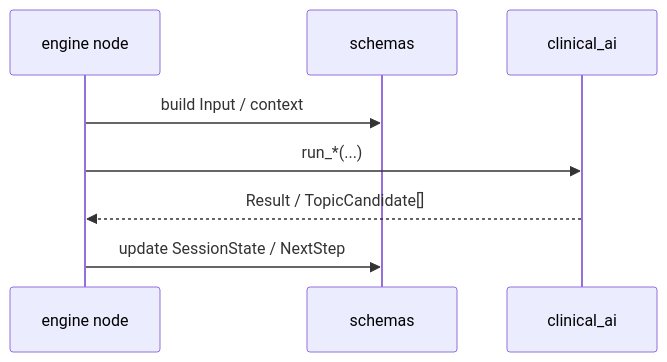
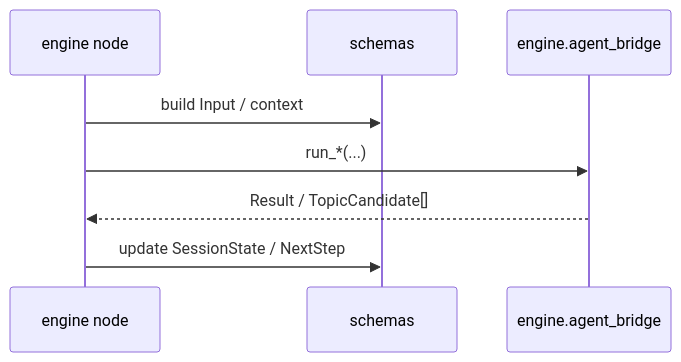
Before and after one commit to Align-Health-Tech/Align-Main: the fourth of 4 diagrams in docs/structures/structure.md, drawn with Mermaid. The commit also changed other lines of this file and 138 other files, not shown here.

````diff
--- a/docs/structures/structure.md
+++ b/docs/structures/structure.md
@@ -77,11 +87,11 @@
 ```mermaid
 sequenceDiagram
   participant E as engine node
   participant S as schemas
-  participant A as clinical_ai
+  participant A as engine.agent_bridge
 
   E->>S: build Input / context
   E->>A: run_*(...)
   A-->>E: Result / TopicCandidate[]
   E->>S: update SessionState / NextStep
 ```
````
